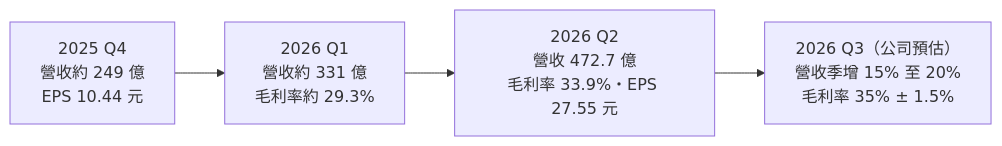
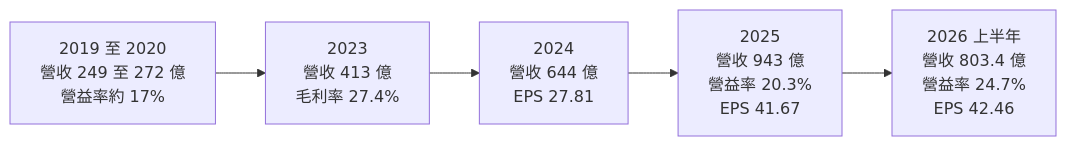
One commit to wangnick1004/taiwan-stock-vault changed the third of 4 diagrams in 個股/台股/2383台光電.md. Above: the diagram before and after it, drawn with Mermaid. The commit also changed other lines of this file and 19 other files, not shown here.

````diff
--- a/個股/台股/2383台光電.md
+++ b/個股/台股/2383台光電.md
@@ -133,4 +142,4 @@
 ```mermaid
 flowchart LR
-    Q4["2025 Q4<br/>營收約 249 億<br/>EPS 10.44 元"] --> Q1["2026 Q1<br/>營收約 331 億<br/>毛利率約 29.3%"] --> Q2["2026 Q2<br/>營收 472.7 億<br/>毛利率 33.9%・EPS 27.55 元"] --> Q3["2026 Q3（公司預估）<br/>營收季增 15% 至 20%<br/>毛利率 35% ± 1.5%"]
+    Y19["2019 至 2020<br/>營收 249 至 272 億<br/>營益率約 17%"] --> Y23["2023<br/>營收 413 億<br/>毛利率 27.4%"] --> Y24["2024<br/>營收 644 億<br/>EPS 27.81"] --> Y25["2025<br/>營收 943 億<br/>營益率 20.3%<br/>EPS 41.67"] --> H26["2026 上半年<br/>營收 803.4 億<br/>營益率 24.7%<br/>EPS 42.46"]
 ```
````
